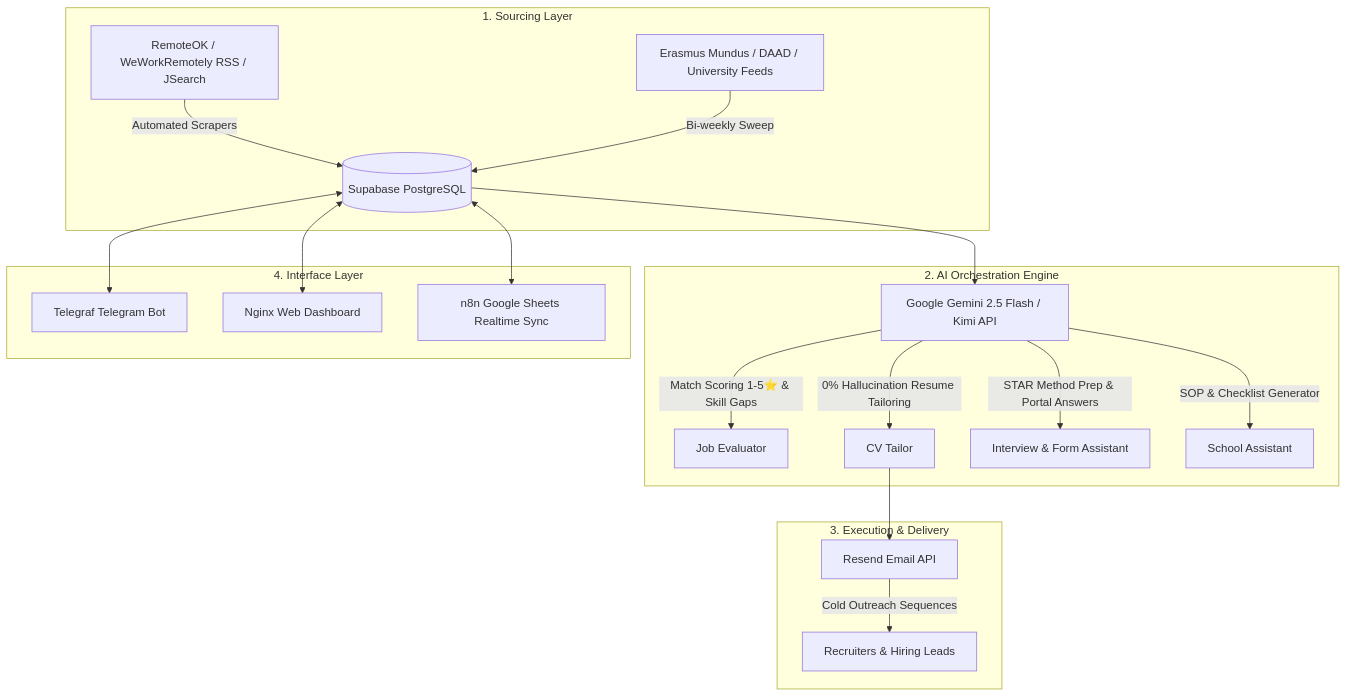
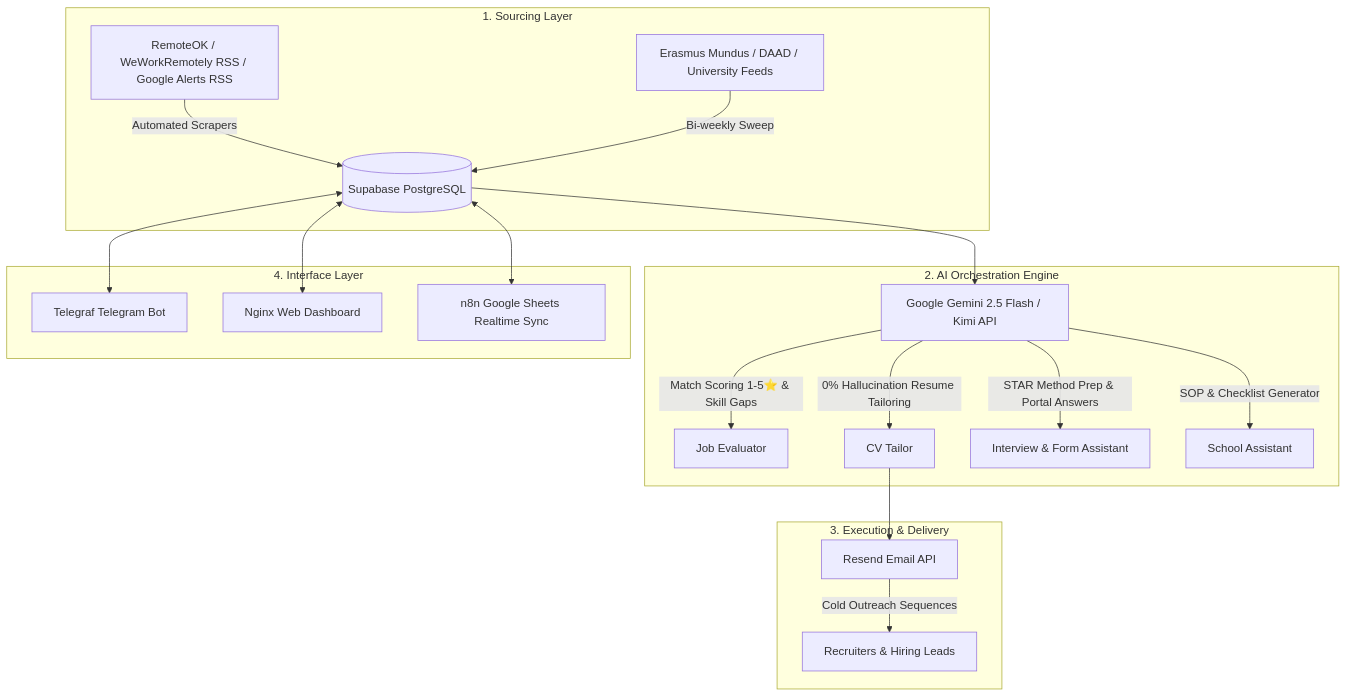
One commit to Therook-sudo/Career_automation changed the diagram in README.md. Above: the diagram before and after it, drawn with Mermaid. The commit also changed other lines of this file, not shown here.

Commit message:
docs: update README with Google Alerts RSS, SOP style guide, Telegram CV listener, and Google Sheets headers

````diff
--- a/README.md
+++ b/README.md
@@ -21,26 +21,26 @@
 ```mermaid
 flowchart TD
     subgraph Sourcing ["1. Sourcing Layer"]
-        A[RemoteOK / WeWorkRemotely RSS / JSearch] -->|Automated Scrapers| B[(Supabase PostgreSQL)]
+        A[RemoteOK / WeWorkRemotely RSS / Google Alerts RSS] -->|Automated Scrapers| B[(Supabase PostgreSQL)]
         C[Erasmus Mundus / DAAD / University Feeds] -->|Bi-weekly Sweep| B
     end
 
     subgraph Intelligence ["2. AI Orchestration Engine"]
         B --> D[Google Gemini 2.5 Flash / Kimi API]
         D -->|Match Scoring 1-5⭐ & Skill Gaps| E[Job Evaluator]
         D -->|0% Hallucination Resume Tailoring| F[CV Tailor]
         D -->|STAR Method Prep & Portal Answers| G[Interview & Form Assistant]
         D -->|SOP & Checklist Generator| H[School Assistant]
     end
 
     subgraph Action ["3. Execution & Delivery"]
         F --> I[Resend Email API]
         I -->|Cold Outreach Sequences| J[Recruiters & Hiring Leads]
     end
 
     subgraph UserInterface ["4. Interface Layer"]
         B <--> K[Telegraf Telegram Bot]
         B <--> L[Nginx Web Dashboard]
         B <--> M[n8n Google Sheets Realtime Sync]
     end
 ```
````
